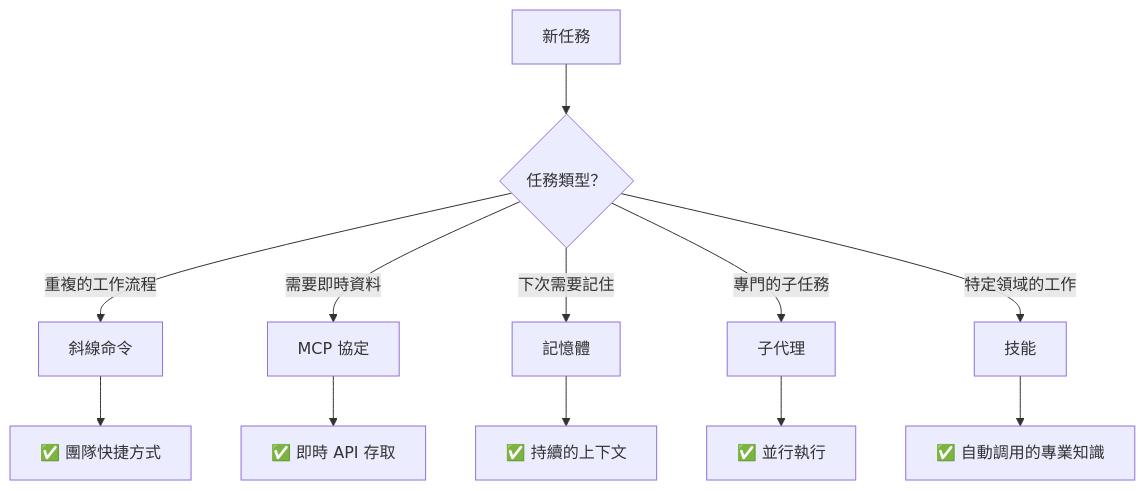
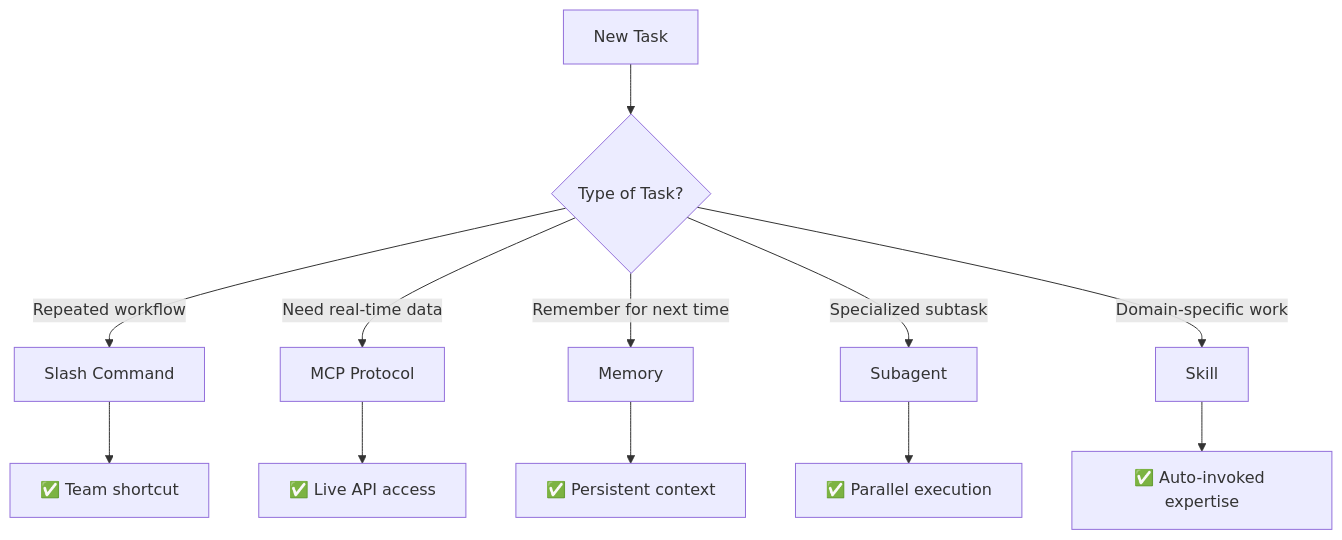
One commit to huckly/claude-howto-zh-tw changed diagram 19 of 20 in claude_concepts_guide.md. Above: the diagram before and after it, drawn with Mermaid. The commit also changed other lines of this file and 8 other files, not shown here.

````diff
--- a/claude_concepts_guide.md
+++ b/claude_concepts_guide.md
@@ -2677,16 +2745,16 @@
 ```mermaid
 graph TD
-    A["新任務"] --> B{任務類型？}
+    A["New Task"] --> B{Type of Task?}
 
-    B -->|重複的工作流程| C["斜線命令"]
-    B -->|需要即時資料| D["MCP 協定"]
-    B -->|下次需要記住| E["記憶體"]
-    B -->|專門的子任務| F["子代理"]
-    B -->|特定領域的工作| G["技能"]
+    B -->|Repeated workflow| C["Slash Command"]
+    B -->|Need real-time data| D["MCP Protocol"]
+    B -->|Remember for next time| E["Memory"]
+    B -->|Specialized subtask| F["Subagent"]
+    B -->|Domain-specific work| G["Skill"]
 
-    C --> C1["✅ 團隊快捷方式"]
-    D --> D1["✅ 即時 API 存取"]
-    E --> E1["✅ 持續的上下文"]
-    F --> F1["✅ 並行執行"]
-    G --> G1["✅ 自動調用的專業知識"]
+    C --> C1["✅ Team shortcut"]
+    D --> D1["✅ Live API access"]
+    E --> E1["✅ Persistent context"]
+    F --> F1["✅ Parallel execution"]
+    G --> G1["✅ Auto-invoked expertise"]
 ```
````
